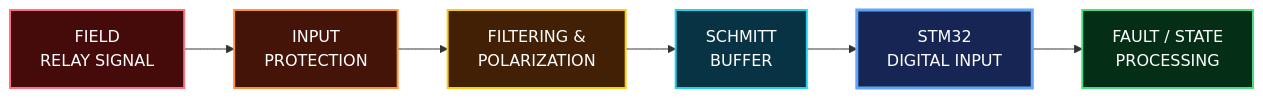
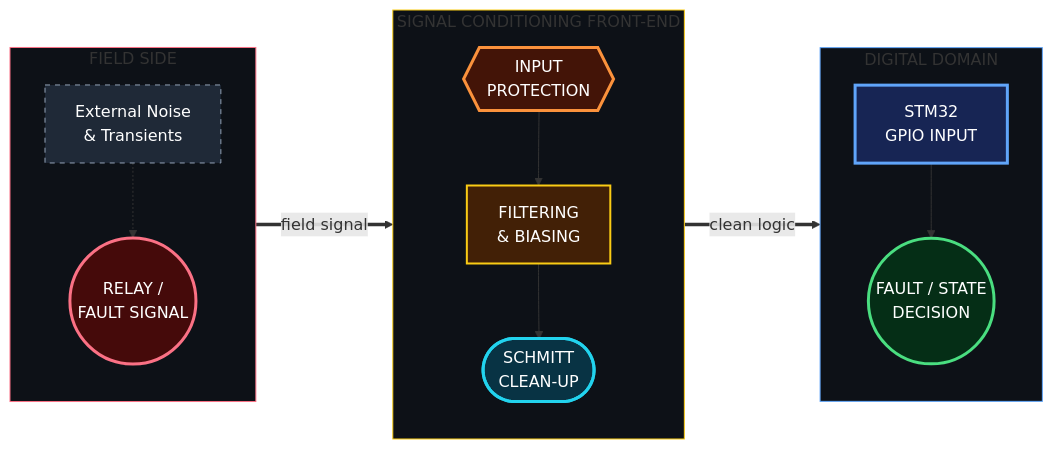
The sixth of 7 diagrams in engineering/README.md (bk201-dev/industrial-edge-monitoring-platform), drawn with Mermaid before and after one commit.

````diff
--- a/engineering/README.md
+++ b/engineering/README.md
@@ -412,23 +412,45 @@
 ```mermaid
 flowchart LR
 
-    FIELD["FIELD<br/>RELAY SIGNAL"]:::field
-    PROT["INPUT<br/>PROTECTION"]:::protect
-    FILTER["FILTERING &<br/>POLARIZATION"]:::filter
-    BUFFER["SCHMITT<br/>BUFFER"]:::buffer
-    MCU["STM32<br/>DIGITAL INPUT"]:::mcu
-    LOGIC["FAULT / STATE<br/>PROCESSING"]:::logic
+    subgraph FIELD["FIELD SIDE"]
+        direction TB
+        RELAY(("RELAY /<br/>FAULT SIGNAL")):::field
+        NOISE["External Noise<br/>& Transients"]:::noise
+        NOISE -.-> RELAY
+    end
 
-    FIELD --> PROT
-    PROT --> FILTER
-    FILTER --> BUFFER
-    BUFFER --> MCU
-    MCU --> LOGIC
+    subgraph FRONTEND["SIGNAL CONDITIONING FRONT-END"]
+        direction TB
+        PROTECT{{"INPUT<br/>PROTECTION"}}:::protect
+        FILTER["FILTERING<br/>& BIASING"]:::filter
+        CLEAN(["SCHMITT<br/>CLEAN-UP"]):::buffer
 
-    classDef field fill:#450A0A,stroke:#FB7185,color:#FFFFFF,stroke-width:2px;
-    classDef protect fill:#431407,stroke:#FB923C,color:#FFFFFF,stroke-width:2px;
+        PROTECT --> FILTER
+        FILTER --> CLEAN
+    end
+
+    subgraph DIGITAL["DIGITAL DOMAIN"]
+        direction TB
+        GPIO["STM32<br/>GPIO INPUT"]:::mcu
+        STATE(("FAULT / STATE<br/>DECISION")):::state
+
+        GPIO --> STATE
+    end
+
+    RELAY ==>|"field signal"| PROTECT
+    CLEAN ==>|"clean logic"| GPIO
+
+    classDef field fill:#450A0A,stroke:#FB7185,color:#FFFFFF,stroke-width:3px;
+    classDef noise fill:#1F2937,stroke:#94A3B8,color:#FFFFFF,stroke-width:1px,stroke-dasharray:5 5;
+
+    classDef protect fill:#431407,stroke:#FB923C,color:#FFFFFF,stroke-width:3px;
     classDef filter fill:#422006,stroke:#FACC15,color:#FFFFFF,stroke-width:2px;
-    classDef buffer fill:#083344,stroke:#22D3EE,color:#FFFFFF,stroke-width:2px;
+    classDef buffer fill:#083344,stroke:#22D3EE,color:#FFFFFF,stroke-width:3px;
+
     classDef mcu fill:#172554,stroke:#60A5FA,color:#FFFFFF,stroke-width:3px;
-    classDef logic fill:#052E16,stroke:#4ADE80,color:#FFFFFF,stroke-width:2px;
+    classDef state fill:#052E16,stroke:#4ADE80,color:#FFFFFF,stroke-width:3px;
+
+    style FIELD fill:#0D1117,stroke:#FB7185,stroke-width:1px
+    style FRONTEND fill:#0D1117,stroke:#FACC15,stroke-width:1px
+    style DIGITAL fill:#0D1117,stroke:#60A5FA,stroke-width:1px
 ```
````
